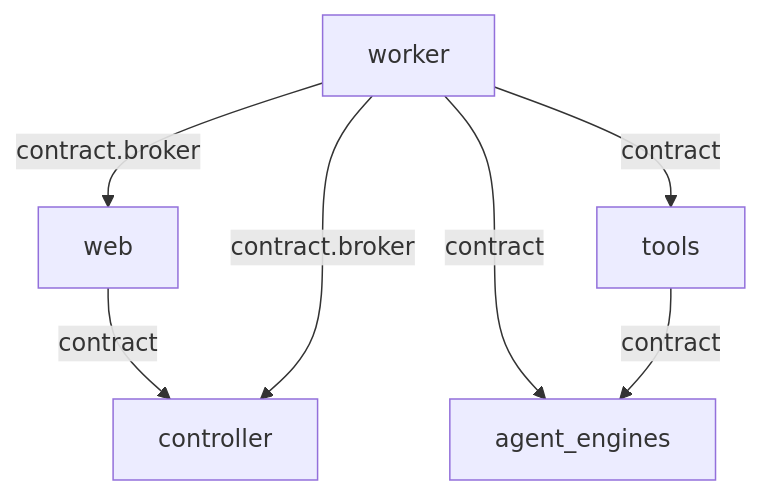
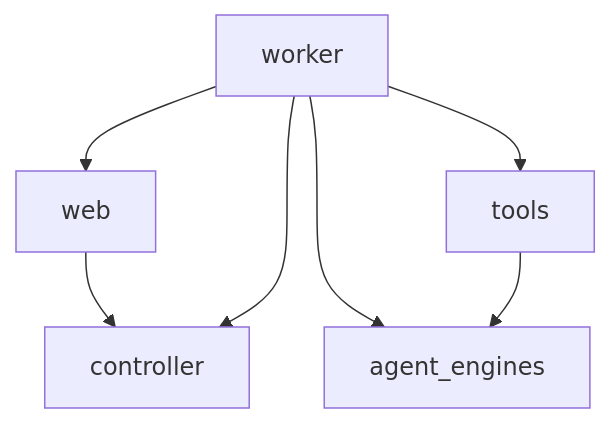
Before and after one commit to open-shipyard/robinauts: the diagram in docs/architecture/rules.md, drawn with Mermaid.

Commit message:
drop the edge labels from the top-level diagram
Claude-Session: https://claude.ai/code/session_01CQgVmgm91Bvjpo8gER9dpx

````diff
--- a/docs/architecture/rules.md
+++ b/docs/architecture/rules.md
@@ -17,9 +17,9 @@
 ```mermaid
 flowchart TD
-    web -- contract --> controller
-    worker -- contract.broker --> controller
-    worker -- contract.broker --> web
-    worker -- contract --> tools
-    worker -- contract --> agent_engines
-    tools -- contract --> agent_engines
+    web --> controller
+    worker --> controller
+    worker --> web
+    worker --> tools
+    worker --> agent_engines
+    tools --> agent_engines
 ```
````
